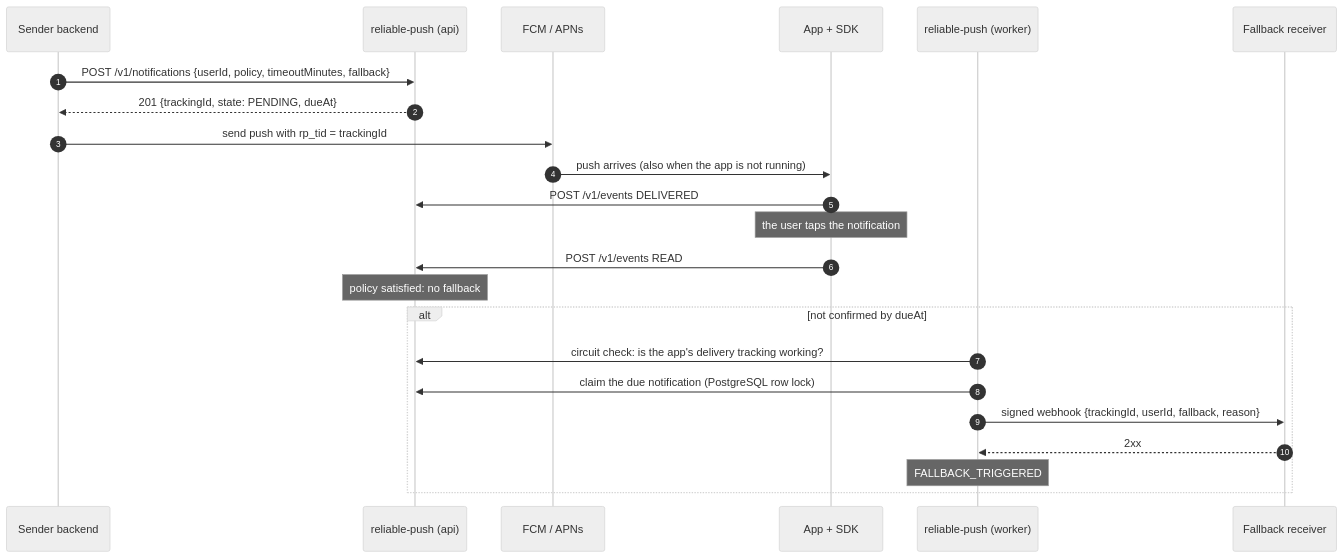
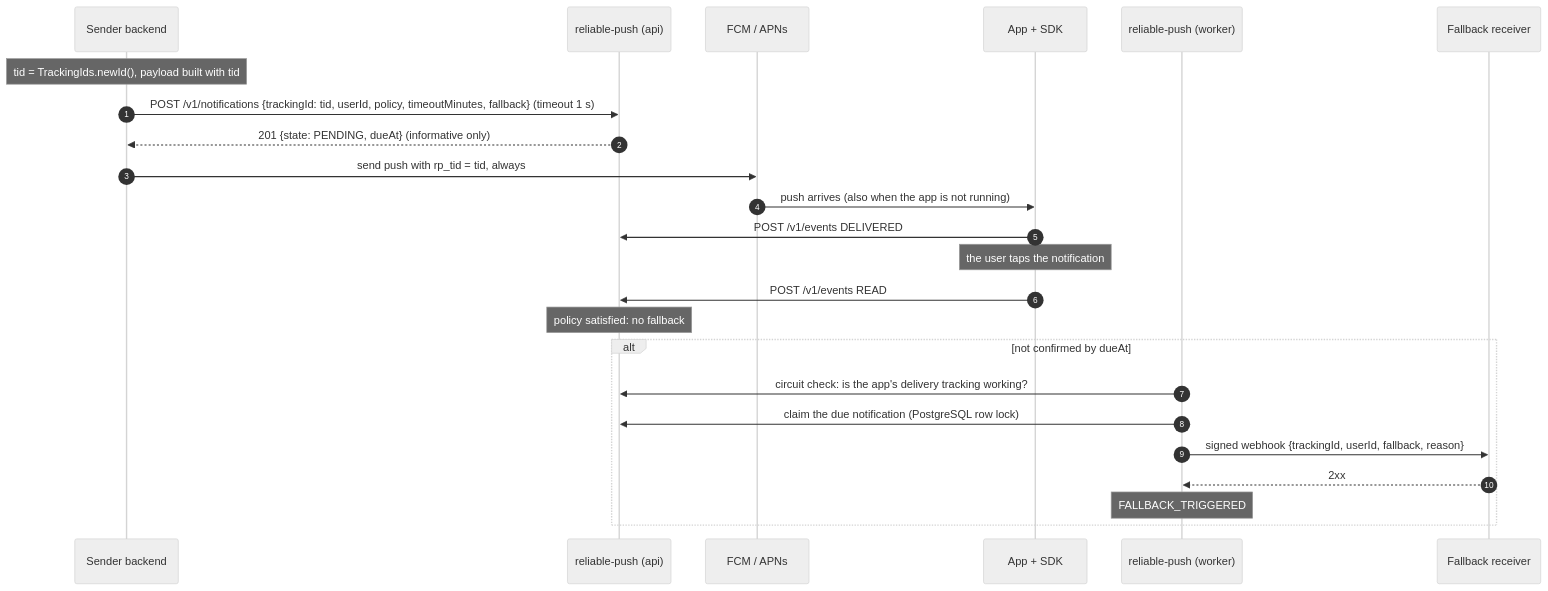
Before and after one commit to valentirob/reliable-push: the third of 13 diagrams in docs/overview.md, drawn with Mermaid (neutral theme). The commit also changed other lines of this file and 20 other files, not shown here.

````diff
--- a/docs/overview.md
+++ b/docs/overview.md
@@ -90,25 +95,26 @@
 ```mermaid
 sequenceDiagram
   autonumber
   participant SB as Sender backend
   participant RP as reliable-push (api)
   participant PP as FCM / APNs
   participant SDK as App + SDK
   participant W as reliable-push (worker)
   participant FR as Fallback receiver
-  SB->>RP: POST /v1/notifications {userId, policy, timeoutMinutes, fallback}
-  RP-->>SB: 201 {trackingId, state: PENDING, dueAt}
-  SB->>PP: send push with rp_tid = trackingId
+  Note over SB: tid = TrackingIds.newId(), payload built with tid
+  SB->>RP: POST /v1/notifications {trackingId: tid, userId, policy, timeoutMinutes, fallback} (timeout 1 s)
+  RP-->>SB: 201 {state: PENDING, dueAt} (informative only)
+  SB->>PP: send push with rp_tid = tid, always
   PP->>SDK: push arrives (also when the app is not running)
   SDK->>RP: POST /v1/events DELIVERED
   Note over SDK: the user taps the notification
   SDK->>RP: POST /v1/events READ
   Note over RP: policy satisfied: no fallback
   alt not confirmed by dueAt
     W->>RP: circuit check: is the app's delivery tracking working?
     W->>RP: claim the due notification (PostgreSQL row lock)
     W->>FR: signed webhook {trackingId, userId, fallback, reason}
     FR-->>W: 2xx
     Note over W: FALLBACK_TRIGGERED
   end
 ```
````
